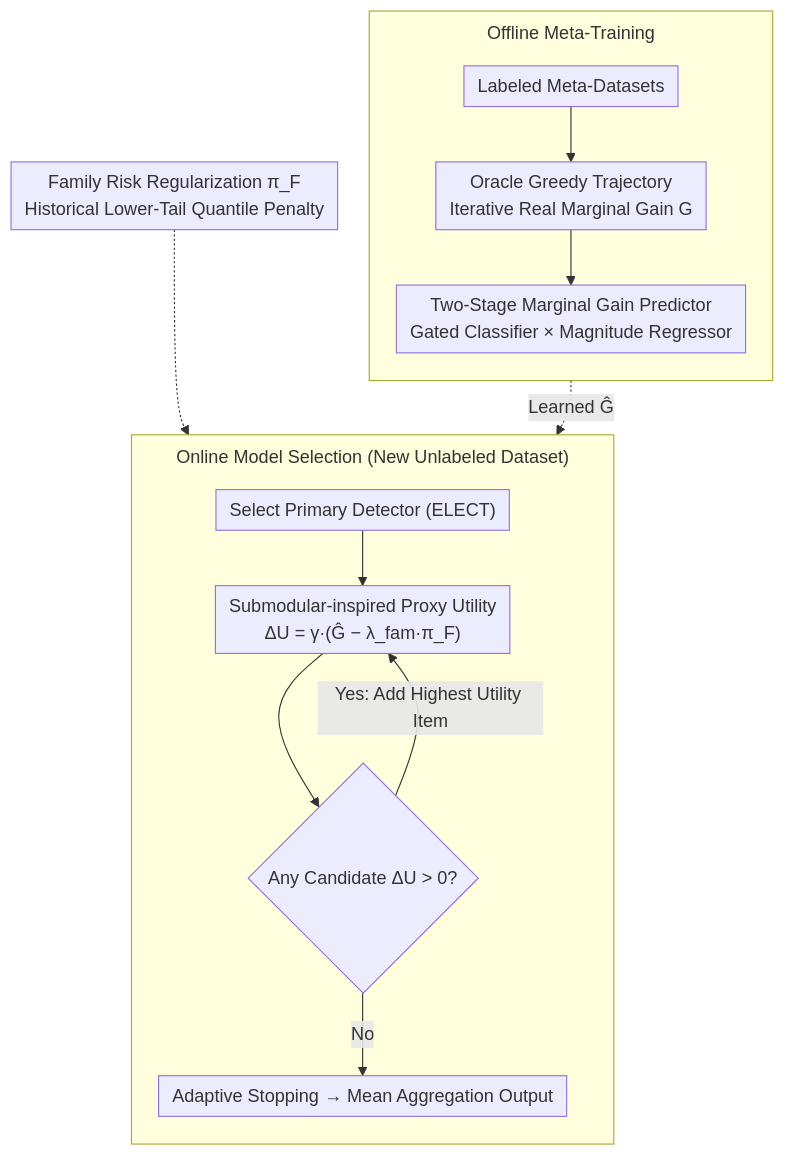
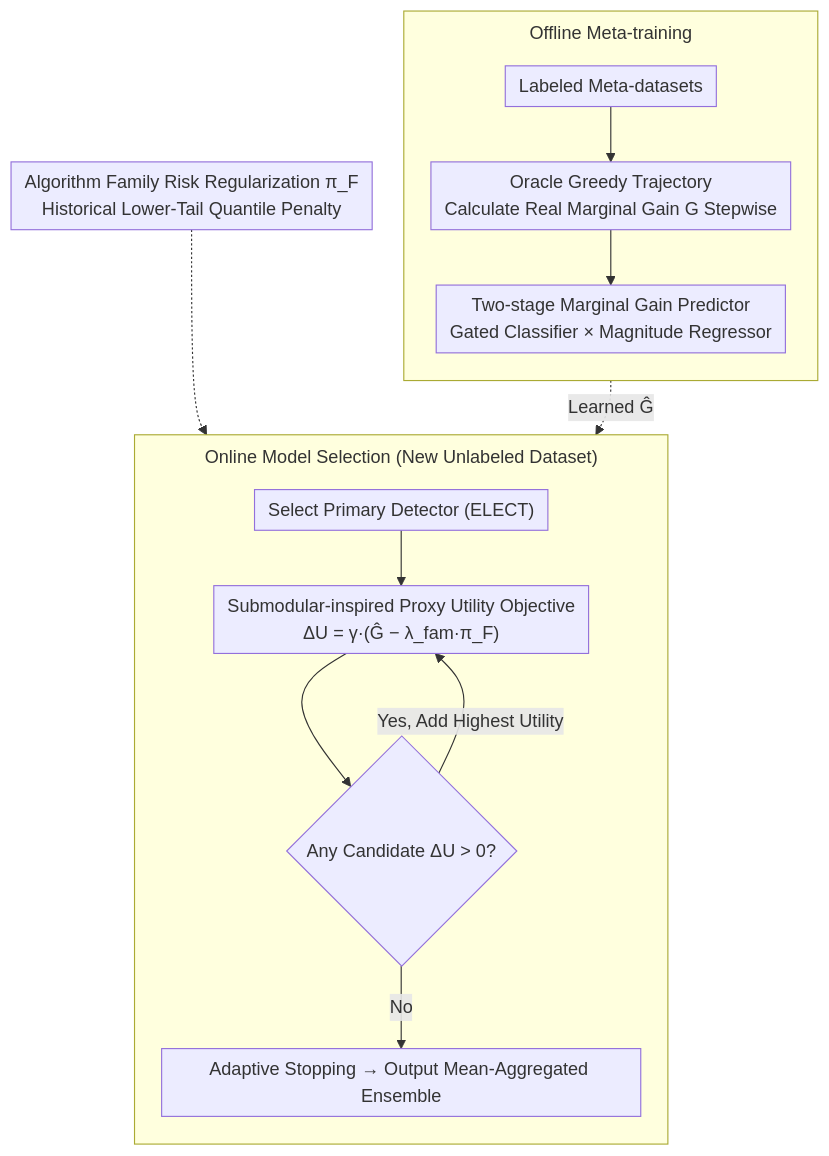
The diagram in docs/ICML2026/optimization/automatic_unsupervised_ensemble_outlier_model_selection--extended_version.md (zhaoyang97/Paper-Notes-en), drawn with Mermaid before and after one commit. The commit also changed other lines of this file and 5084 other files, not shown here.

````diff
--- a/docs/ICML2026/optimization/automatic_unsupervised_ensemble_outlier_model_selection--extended_version.md
+++ b/docs/ICML2026/optimization/automatic_unsupervised_ensemble_outlier_model_selection--extended_version.md
@@ -42,18 +42,18 @@
 ```mermaid
 %%{init: {'flowchart': {'rankSpacing': 24, 'nodeSpacing': 28, 'padding': 6, 'wrappingWidth': 400, 'subGraphTitleMargin': {'top': 8, 'bottom': 16}}}}%%
 flowchart TD
-    subgraph OFF["Offline Meta-Training"]
+    subgraph OFF["Offline Meta-training"]
         direction TB
-        A["Labeled Meta-Datasets"] --> B["Oracle Greedy Trajectory<br/>Iterative Real Marginal Gain G"]
-        B --> C["Two-Stage Marginal Gain Predictor<br/>Gated Classifier × Magnitude Regressor"]
+        A["Labeled Meta-datasets"] --> B["Oracle Greedy Trajectory<br/>Calculate Real Marginal Gain G Stepwise"]
+        B --> C["Two-stage Marginal Gain Predictor<br/>Gated Classifier × Magnitude Regressor"]
     end
     subgraph ON["Online Model Selection (New Unlabeled Dataset)"]
         direction TB
-        D["Select Primary Detector (ELECT)"] --> E["Submodular-inspired Proxy Utility<br/>ΔU = γ·(Ĝ − λ_fam·π_F)"]
+        D["Select Primary Detector (ELECT)"] --> E["Submodular-inspired Proxy Utility Objective<br/>ΔU = γ·(Ĝ − λ_fam·π_F)"]
         E --> G{"Any Candidate ΔU > 0?"}
-        G -->|Yes: Add Highest Utility Item| E
-        G -->|No| I["Adaptive Stopping → Mean Aggregation Output"]
+        G -->|Yes, Add Highest Utility| E
+        G -->|No| I["Adaptive Stopping → Output Mean-Aggregated Ensemble"]
     end
     C -.Learned Ĝ.-> E
-    R["Family Risk Regularization π_F<br/>Historical Lower-Tail Quantile Penalty"] -.-> E
+    R["Algorithm Family Risk Regularization π_F<br/>Historical Lower-Tail Quantile Penalty"] -.-> E
 ```
````
